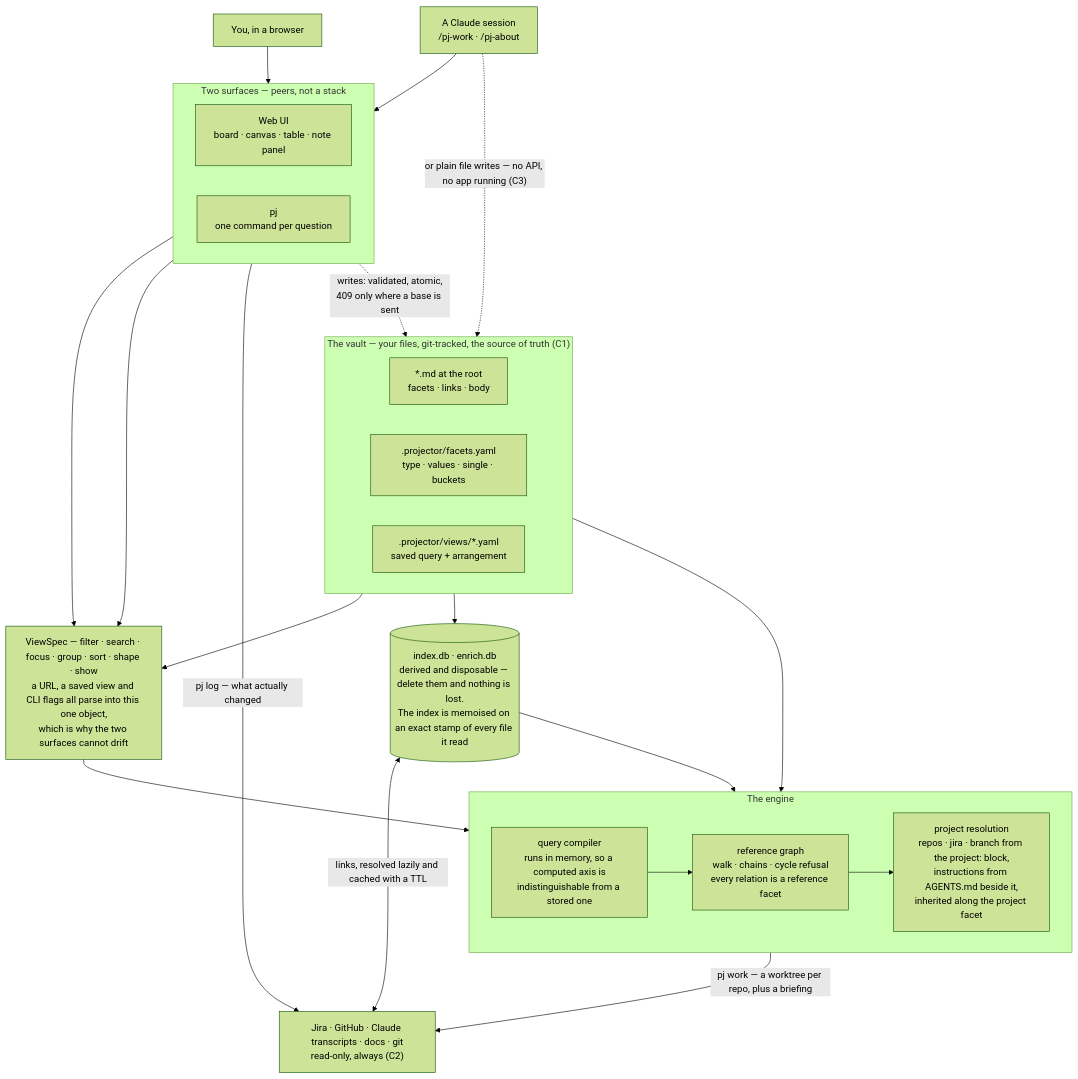
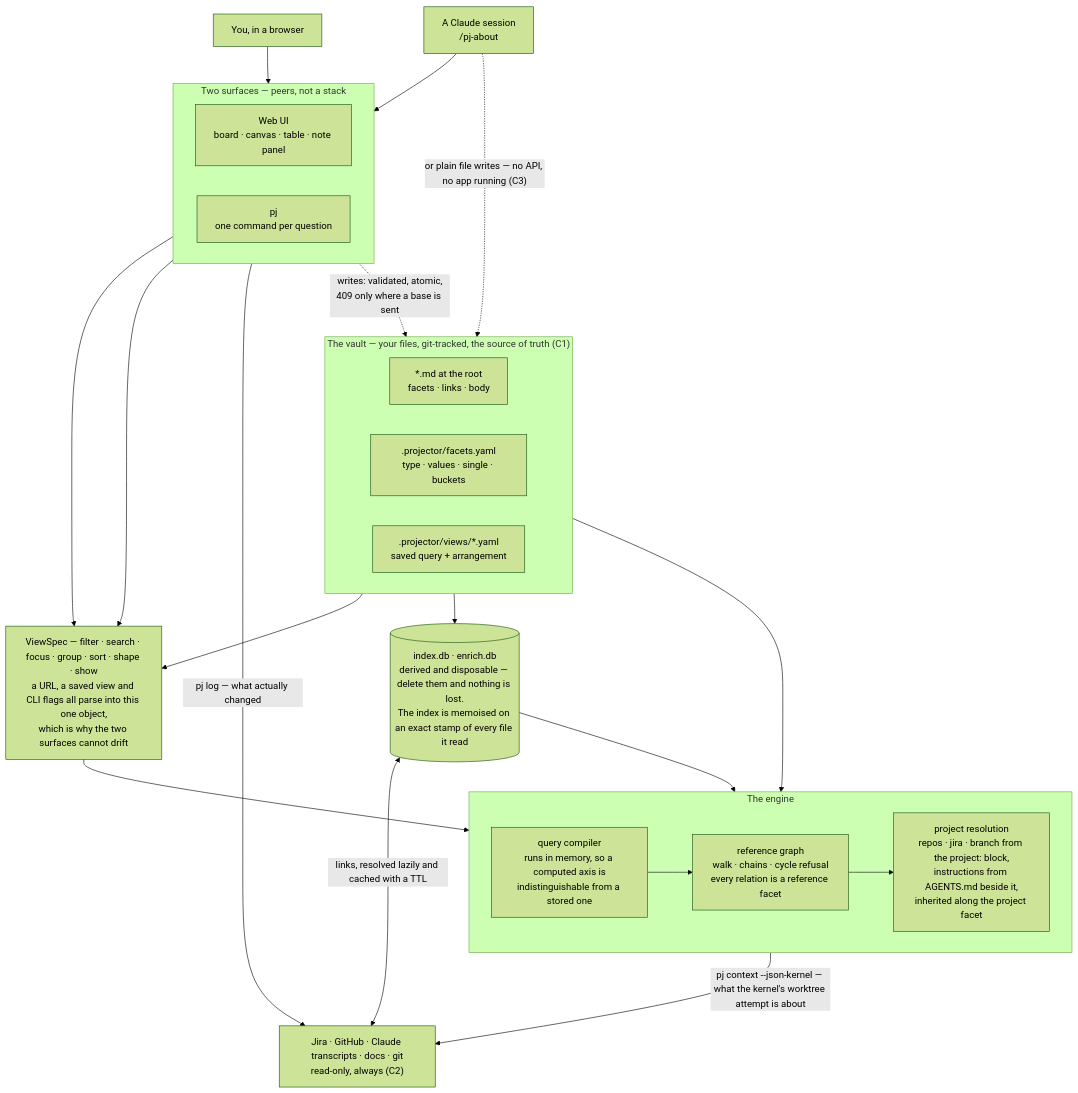
The diagram in docs/ARCHITECTURE.md (kramar42/projector), drawn with Mermaid (forest theme) before and after one commit. The commit also changed other lines of this file and 37 other files, not shown here.

First line of the commit message:
kernel: work on a note starts through the kernel's worktree; pj work is gone

````diff
--- a/docs/ARCHITECTURE.md
+++ b/docs/ARCHITECTURE.md
@@ -28,50 +28,50 @@
 ```mermaid
 flowchart TB
   subgraph vault["The vault — your files, git-tracked, the source of truth (C1)"]
     direction LR
     notes["*.md at the root<br/>facets · links · body"]
     fac[".projector/facets.yaml<br/>type · values · single · buckets"]
     vw[".projector/views/*.yaml<br/>saved query + arrangement"]
   end
 
   you["You, in a browser"]
-  agent["A Claude session<br/>/pj-work · /pj-about"]
+  agent["A Claude session<br/>/pj-about"]
 
   subgraph surfaces["Two surfaces — peers, not a stack"]
     direction LR
     ui["Web UI<br/>board · canvas · table · note panel"]
     pj["pj<br/>one command per question"]
   end
 
   idx[("index.db · enrich.db<br/>derived and disposable — delete them and nothing is lost.<br/>The index is memoised on an exact stamp of every file it read")]
 
   spec["ViewSpec — filter · search · focus · group · sort · shape · show<br/>a URL, a saved view and CLI flags all parse into this one object,<br/>which is why the two surfaces cannot drift"]
 
   subgraph engine["The engine"]
     direction LR
     q["query compiler<br/>runs in memory, so a computed axis is<br/>indistinguishable from a stored one"]
     refs["reference graph<br/>walk · chains · cycle refusal<br/>every relation is a reference facet"]
     proj["project resolution<br/>repos · jira · branch from the project: block,<br/>instructions from AGENTS.md beside it,<br/>inherited along the project facet"]
   end
 
   outside["Jira · GitHub · Claude transcripts · docs · git<br/>read-only, always (C2)"]
 
   you --> ui
   agent --> pj
   vault --> idx
   vw --> spec
   ui --> spec
   pj --> spec
   fac --> q
   spec --> q
   idx --> q
   q --> refs
   refs --> proj
 
   surfaces -.->|"writes: validated, atomic,<br/>409 only where a base is sent"| notes
   agent -.->|"or plain file writes — no API, no app running (C3)"| notes
 
   idx <-->|"links, resolved lazily and cached with a TTL"| outside
-  proj -->|"pj work — a worktree per repo, plus a briefing"| outside
+  proj -->|"pj context --json-kernel — what the kernel's worktree attempt is about"| outside
   pj -->|"pj log — what actually changed"| outside
 ```
````
